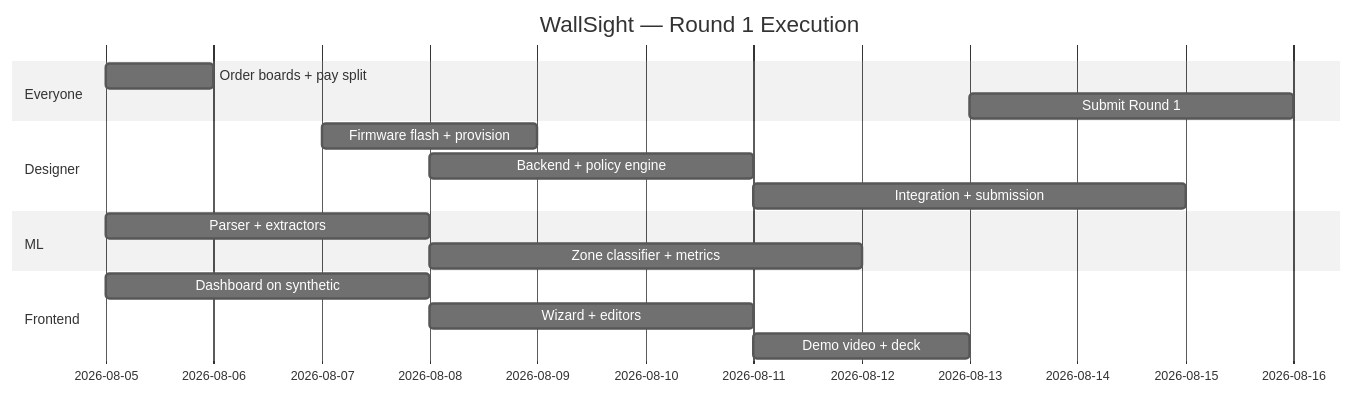
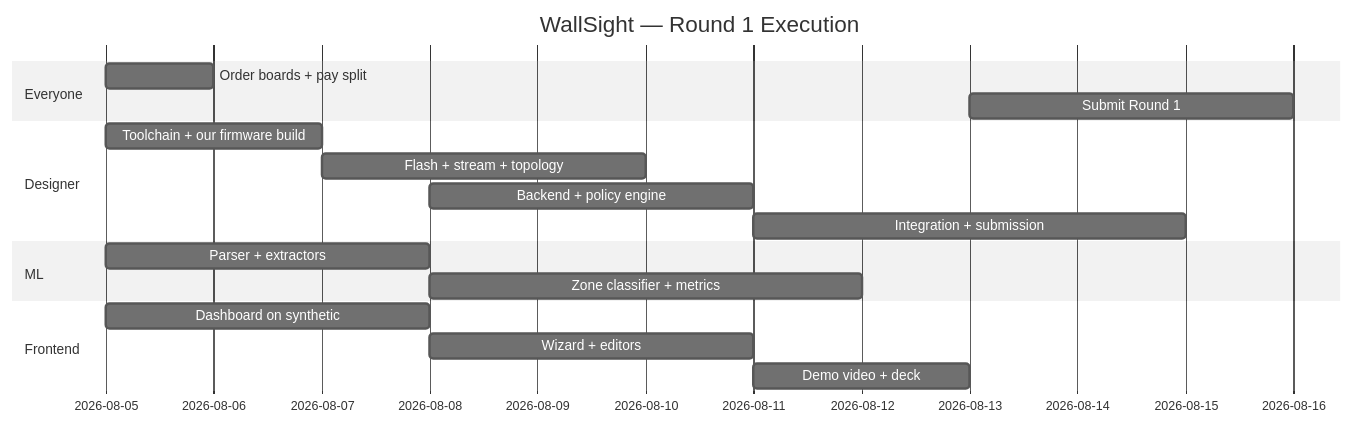
One commit to patchyevolve/wallsight changed the fifth of 5 diagrams in PROJECT_BRIEF.md. Above: the diagram before and after it, drawn with Mermaid (neutral theme). The commit also changed other lines of this file and 5 other files, not shown here.

````diff
--- a/PROJECT_BRIEF.md
+++ b/PROJECT_BRIEF.md
@@ -477,19 +478,20 @@
 ```mermaid
 gantt
     title WallSight — Round 1 Execution
     dateFormat  YYYY-MM-DD
     section Everyone
     Order boards + pay split     :a1, 2026-08-05, 1d
     Submit Round 1              :a2, 2026-08-13, 3d
     section Designer
-    Firmware flash + provision  :b1, 2026-08-07, 2d
-    Backend + policy engine     :b2, 2026-08-08, 3d
-    Integration + submission    :b3, 2026-08-11, 4d
+    Toolchain + our firmware build :b0, 2026-08-05, 2d
+    Flash + stream + topology      :b1, 2026-08-07, 3d
+    Backend + policy engine        :b2, 2026-08-08, 3d
+    Integration + submission       :b3, 2026-08-11, 4d
     section ML
     Parser + extractors         :c1, 2026-08-05, 3d
     Zone classifier + metrics   :c2, 2026-08-08, 4d
     section Frontend
     Dashboard on synthetic      :d1, 2026-08-05, 3d
     Wizard + editors            :d2, 2026-08-08, 3d
     Demo video + deck           :d3, 2026-08-11, 2d
 ```
````
